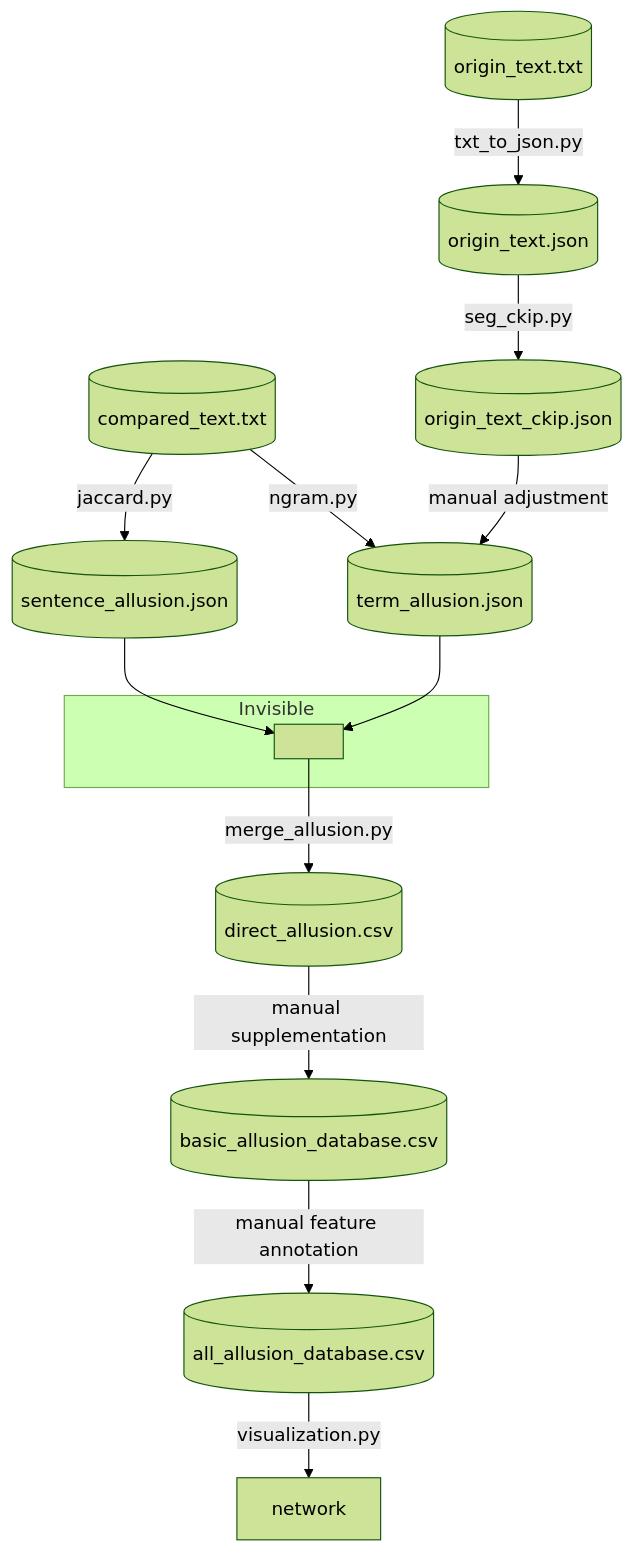
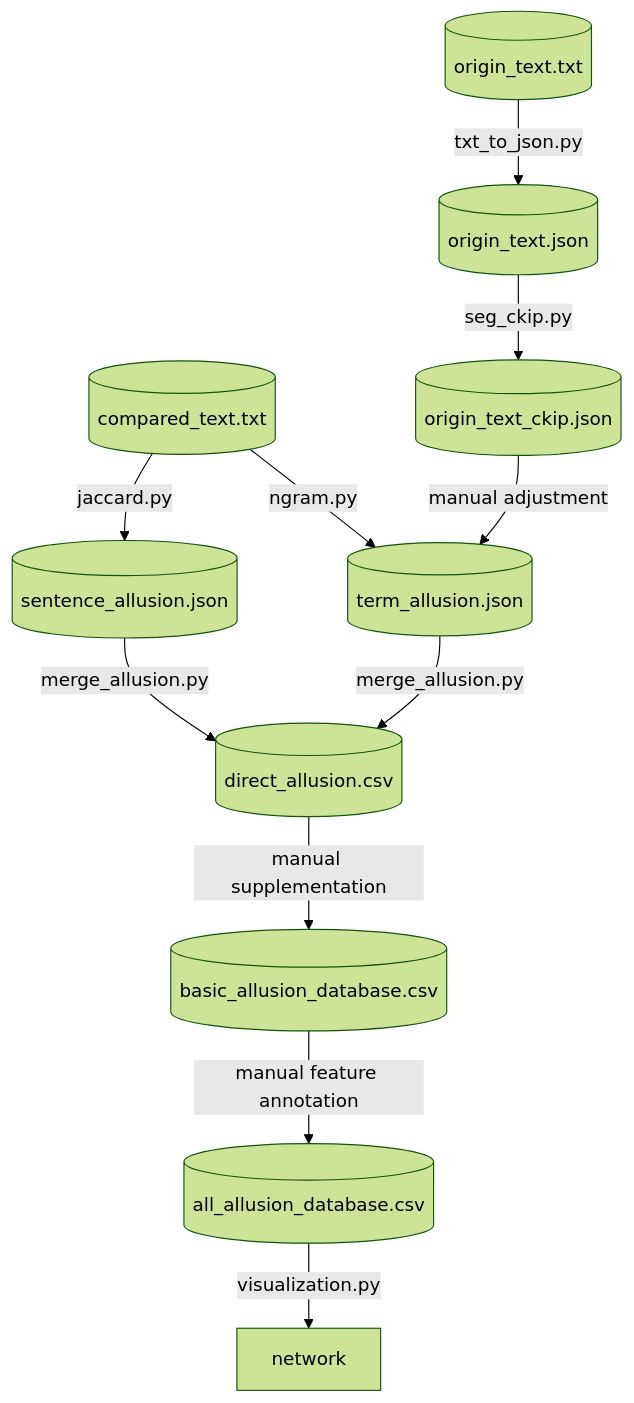
The diagram in README.md (Taoyi-Chiang/lufu_allusion), drawn with Mermaid (forest theme) before and after one commit. The commit also changed other lines of this file, not shown here.

````diff
--- a/README.md
+++ b/README.md
@@ -47,32 +3,26 @@
 ```mermaid
 graph TD
     %% 1. 定義各個節點
     A1[(origin_text.txt)]
     A2[(compared_text.txt)]
     B1[(origin_text.json)]
     B2[(origin_text_ckip.json)]
     C1[(sentence_allusion.json)]
     C2[(term_allusion.json)]
     D1[(direct_allusion.csv)]
     E1[(basic_allusion_database.csv)]
     E2[(all_allusion_database.csv)]
     F1[network]
 
-   %% ===== 2. 定義一個「隱藏節點」作為匯集點 =====
-   subgraph Invisible
-     Z0[ ]
-   end
-
-    %% 3. 定義接點方向
+    %% 2. 定義接點方向
     A1-->|txt_to_json.py|B1
     B1-->|seg_ckip.py|B2
     B2-->|manual adjustment|C2
     A2-->|jaccard.py|C1
     A2-->|ngram.py|C2
-    C1-->Z0
-    C2-->Z0
-    Z0-->|merge_allusion.py|D1
+    C1-->|merge_allusion.py|D1
+    C2-->|merge_allusion.py|D1
     D1-->|manual supplementation|E1
     E1-->|manual feature annotation|E2
     E2-->|visualization.py|F1
 ```
````
